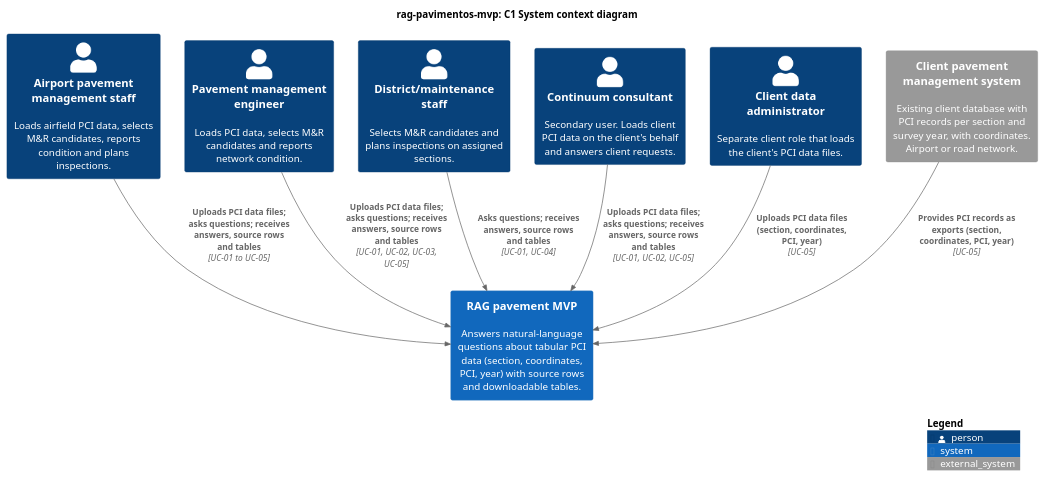
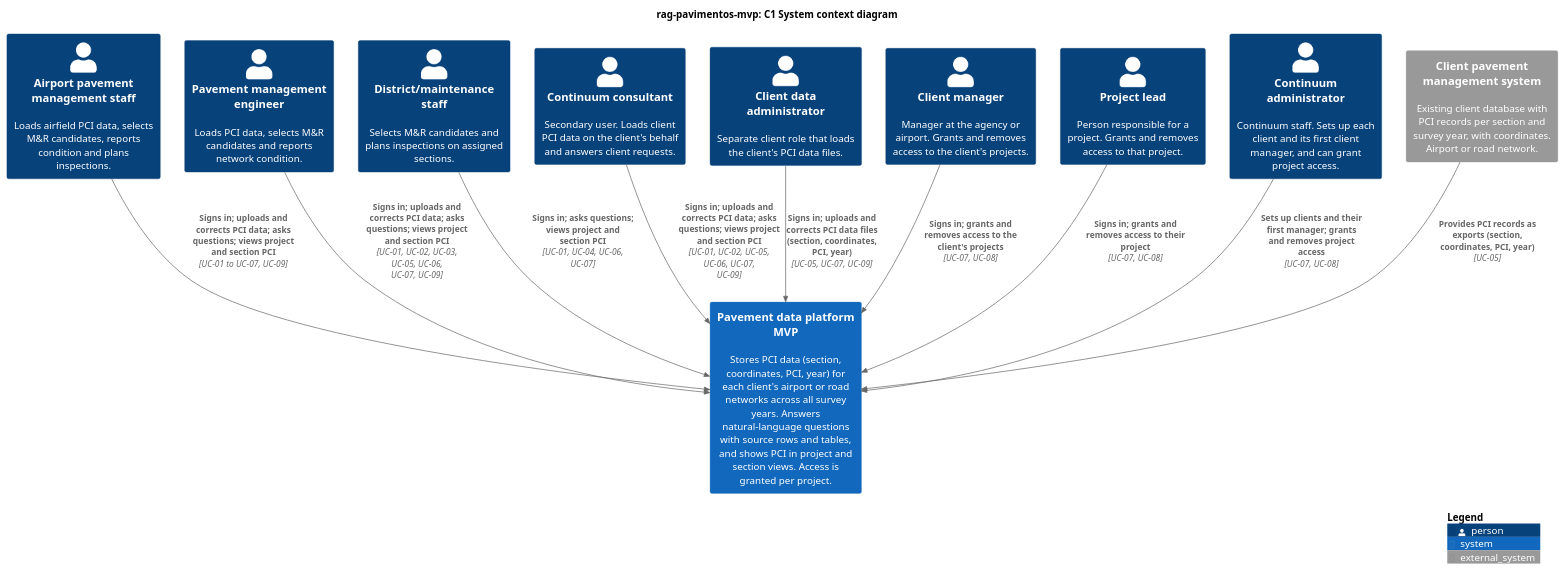
One commit to SAndrade2209/rag-pavimentos-mvp changed the diagram in docs/architecture/c4/c1-context.puml. Above: the diagram before and after it, drawn with PlantUML. The commit also changed 8 other files, not shown here.

First line of the commit message:
Add platform scope, project views and access use cases

```diff
--- a/docs/architecture/c4/c1-context.puml
+++ b/docs/architecture/c4/c1-context.puml
@@ -1,29 +1,45 @@
 @startuml c1-context
 !include https://raw.githubusercontent.com/plantuml-stdlib/C4-PlantUML/master/C4_Context.puml
 
 title rag-pavimentos-mvp: C1 System context diagram
 
 ' Actors and the use cases each one performs (docs/use-cases/).
+' Every person signs in (UC-07). Load, correct and delete, and manage access
+' depend on per-project permissions granted in UC-08.
+' UC-06 actors are an [assumption] (see uc-06-view-pci-in-project.md).
+' UC-09 is shown for users who load data [assumption]; any user can receive
+' the Correct and delete permission.
 Person(airport_staff, "Airport pavement management staff", "Loads airfield PCI data, selects M&R candidates, reports condition and plans inspections.")
 Person(pm_engineer, "Pavement management engineer", "Loads PCI data, selects M&R candidates and reports network condition.")
 Person(district_staff, "District/maintenance staff", "Selects M&R candidates and plans inspections on assigned sections.")
 Person(consultant, "Continuum consultant", "Secondary user. Loads client PCI data on the client's behalf and answers client requests.")
 
 ' Separate client role confirmed. The role name is a placeholder.
 Person(data_admin, "Client data administrator", "Separate client role that loads the client's PCI data files.")
 
-System(rag, "RAG pavement MVP", "Answers natural-language questions about tabular PCI data (section, coordinates, PCI, year) with source rows and downloadable tables.")
+' Access management roles. The scope of each is an [assumption] (see uc-08-manage-project-access.md).
+Person(client_manager, "Client manager", "Manager at the agency or airport. Grants and removes access to the client's projects.")
+Person(project_lead, "Project lead", "Person responsible for a project. Grants and removes access to that project.")
+Person(continuum_admin, "Continuum administrator", "Continuum staff. Sets up each client and its first client manager, and can grant project access.")
+
+System(platform, "Pavement data platform MVP", "Stores PCI data (section, coordinates, PCI, year) for each client's airport or road networks across all survey years. Answers natural-language questions with source rows and tables, and shows PCI in project and section views. Access is granted per project.")
 
 ' External system. PCI data reach the MVP in two ways: file upload (CSV) or export from this system.
+' Sign-in method not decided (UC-07): an identity provider is not shown until it is.
 System_Ext(pms, "Client pavement management system", "Existing client database with PCI records per section and survey year, with coordinates. Airport or road network.")
 
-Rel(airport_staff, rag, "Uploads PCI data files; asks questions; receives answers, source rows and tables", "UC-01 to UC-05")
-Rel(pm_engineer, rag, "Uploads PCI data files; asks questions; receives answers, source rows and tables", "UC-01, UC-02, UC-03, UC-05")
-Rel(district_staff, rag, "Asks questions; receives answers, source rows and tables", "UC-01, UC-04")
-Rel(consultant, rag, "Uploads PCI data files; asks questions; receives answers, source rows and tables", "UC-01, UC-02, UC-05")
+Rel(airport_staff, platform, "Signs in; uploads and corrects PCI data; asks questions; views project and section PCI", "UC-01 to UC-07, UC-09")
+Rel(pm_engineer, platform, "Signs in; uploads and corrects PCI data; asks questions; views project and section PCI", "UC-01, UC-02, UC-03, UC-05, UC-06, UC-07, UC-09")
+Rel(district_staff, platform, "Signs in; asks questions; views project and section PCI", "UC-01, UC-04, UC-06, UC-07")
+Rel(consultant, platform, "Signs in; uploads and corrects PCI data; asks questions; views project and section PCI", "UC-01, UC-02, UC-05, UC-06, UC-07, UC-09")
 
-Rel(data_admin, rag, "Uploads PCI data files (section, coordinates, PCI, year)", "UC-05")
-Rel(pms, rag, "Provides PCI records as exports (section, coordinates, PCI, year)", "UC-05")
+Rel(data_admin, platform, "Signs in; uploads and corrects PCI data files (section, coordinates, PCI, year)", "UC-05, UC-07, UC-09")
+
+Rel(client_manager, platform, "Signs in; grants and removes access to the client's projects", "UC-07, UC-08")
+Rel(project_lead, platform, "Signs in; grants and removes access to their project", "UC-07, UC-08")
+Rel(continuum_admin, platform, "Sets up clients and their first manager; grants and removes project access", "UC-07, UC-08")
+
+Rel(pms, platform, "Provides PCI records as exports (section, coordinates, PCI, year)", "UC-05")
 
 SHOW_LEGEND()
 @enduml
```
